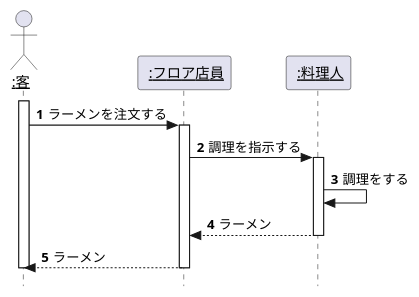
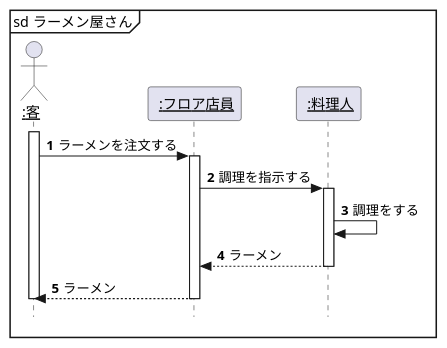
The diagram in 4/演習4-1_SD_ラーメン屋さんでの注文.pu (chibachibaibu2003/laughing-carnival), drawn with PlantUML before and after one commit.

Commit message:
演習4-1の訂正

```diff
--- a/4/演習4-1_SD_ラーメン屋さんでの注文.pu
+++ b/4/演習4-1_SD_ラーメン屋さんでの注文.pu
@@ -1,21 +1,22 @@
 @startuml 演習4-1_SD_ラーメン屋さんでの注文
     hide footbox
     autonumber
     skinparam style strictuml
     actor "<u>:客</u>" as custmer
 
+    mainframe sd ラーメン屋さん
     participant "<u> :フロア店員</u>" as clerk
     participant "<u> :料理人</u>"  as cook
     activate custmer
         custmer -> clerk :ラーメンを注文する
         activate clerk
             clerk -> cook :調理を指示する
             activate cook
                 cook ->cook :調理をする
                 clerk <-- cook :ラーメン
             deactivate cook
             custmer <-- clerk :ラーメン  
         deactivate clerk
  
     deactivate custmer
 @enduml
```
